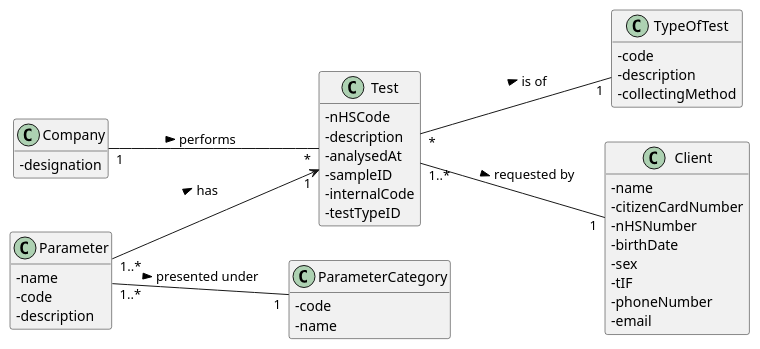
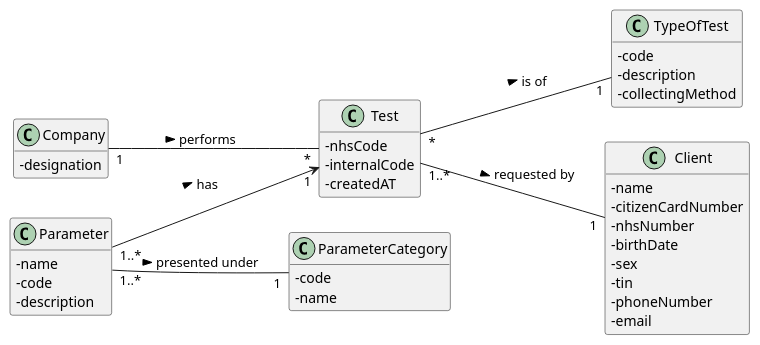
One commit to GuilhermeCunha79/lapr2 changed the diagram in docs/SprintC/US4/UC4_MD.puml. Above: the diagram before and after it, drawn with PlantUML. The commit also changed 1 other file, not shown here.

```diff
--- a/docs/SprintC/US4/UC4_MD.puml
+++ b/docs/SprintC/US4/UC4_MD.puml
@@ -1,56 +1,53 @@
 @startuml
 hide methods
 left to right direction
 skinparam classAttributeIconSize 0
 
 class Company {
-  -designation
+ -designation
 }
 
 class Test {
-  - nHSCode
-  - description
-  - analysedAt
-  - sampleID
+  - nhsCode
   - internalCode
-  - testTypeID
-}
+  - createdAT
+ }
 
 class TypeOfTest {
-  - code
+  -code
   -description
   -collectingMethod
 }
 
 
 class Client {
   - name
   - citizenCardNumber
-  - nHSNumber
+  - nhsNumber
   - birthDate
   - sex
-  - tIF
+  - tin
   - phoneNumber
   - email
 }
 
 class Parameter {
 -name
-- code
-- description
+-code
+-description
 }
 
 class ParameterCategory {
 -code
 -name
 }
 
 
 Company "1" -- "*" Test : performs >
 Test "*" -- "1" TypeOfTest: is of >
 Test "1..*" -- "1" Client: requested by >
 Parameter "1..*" -- "1" ParameterCategory: presented under >
 Parameter "1..*" --> "1" Test : has >
 
 
 @enduml
```
